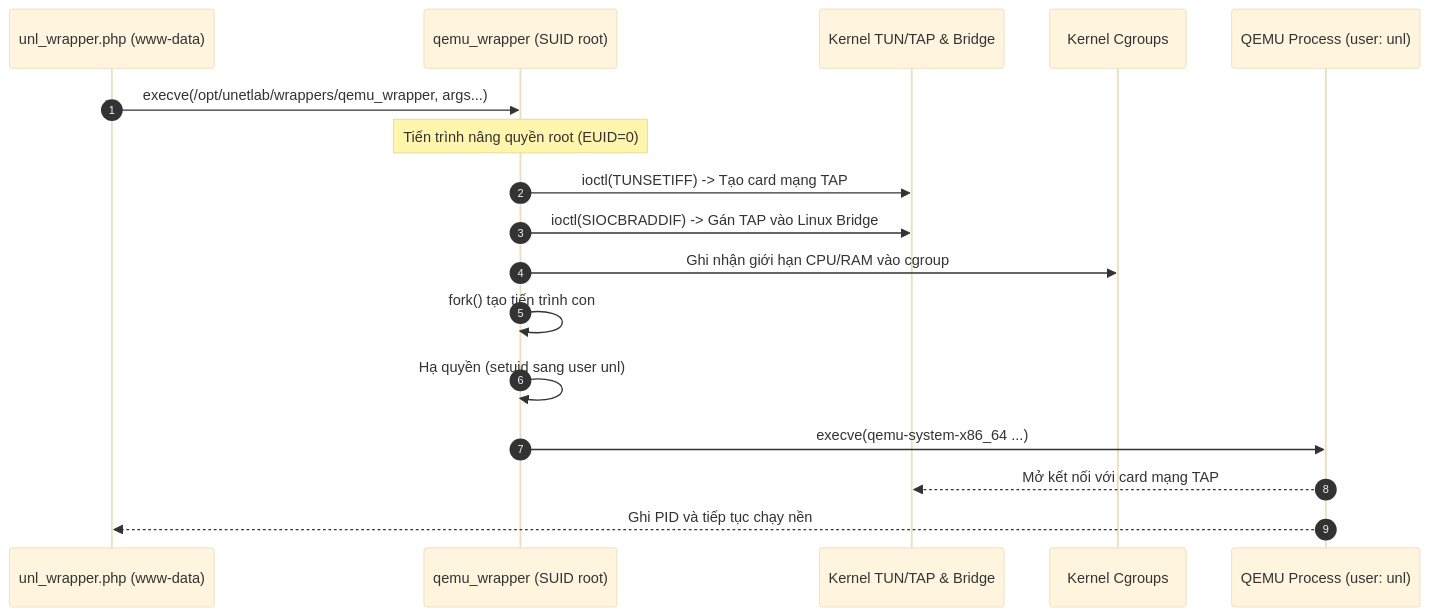
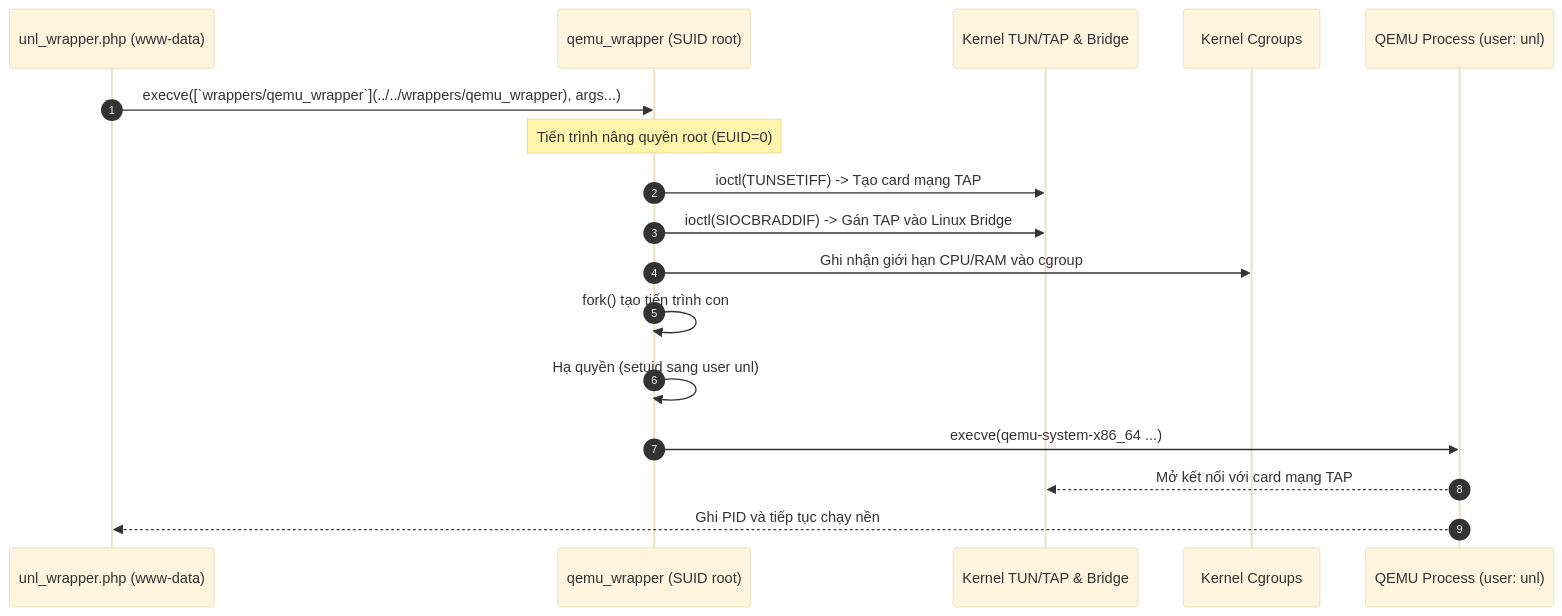
One commit to Luuxinhxinh/pnet-v8 changed the diagram in docs/03-diagrams/f06-node-wrapper-orchestration-sequence.md. Above: the diagram before and after it, drawn with Mermaid (base theme). The commit also changed 92 other files, not shown here.

````diff
--- a/docs/03-diagrams/f06-node-wrapper-orchestration-sequence.md
+++ b/docs/03-diagrams/f06-node-wrapper-orchestration-sequence.md
@@ -9,20 +9,20 @@
 ```mermaid
 sequenceDiagram
     autonumber
     participant Script as unl_wrapper.php (www-data)
     participant CWrap as qemu_wrapper (SUID root)
     participant KernelNet as Kernel TUN/TAP & Bridge
     participant KernelCG as Kernel Cgroups
     participant Hypervisor as QEMU Process (user: unl)
 
-    Script->>CWrap: execve(/opt/unetlab/wrappers/qemu_wrapper, args...)
+    Script->>CWrap: execve([`wrappers/qemu_wrapper`](../../wrappers/qemu_wrapper), args...)
     Note over CWrap: Tiến trình nâng quyền root (EUID=0)
     CWrap->>KernelNet: ioctl(TUNSETIFF) -> Tạo card mạng TAP
     CWrap->>KernelNet: ioctl(SIOCBRADDIF) -> Gán TAP vào Linux Bridge
     CWrap->>KernelCG: Ghi nhận giới hạn CPU/RAM vào cgroup
     CWrap->>CWrap: fork() tạo tiến trình con
     CWrap->>CWrap: Hạ quyền (setuid sang user unl)
     CWrap->>Hypervisor: execve(qemu-system-x86_64 ...)
     Hypervisor-->>KernelNet: Mở kết nối với card mạng TAP
     Hypervisor-->>Script: Ghi PID và tiếp tục chạy nền
 ```
````
